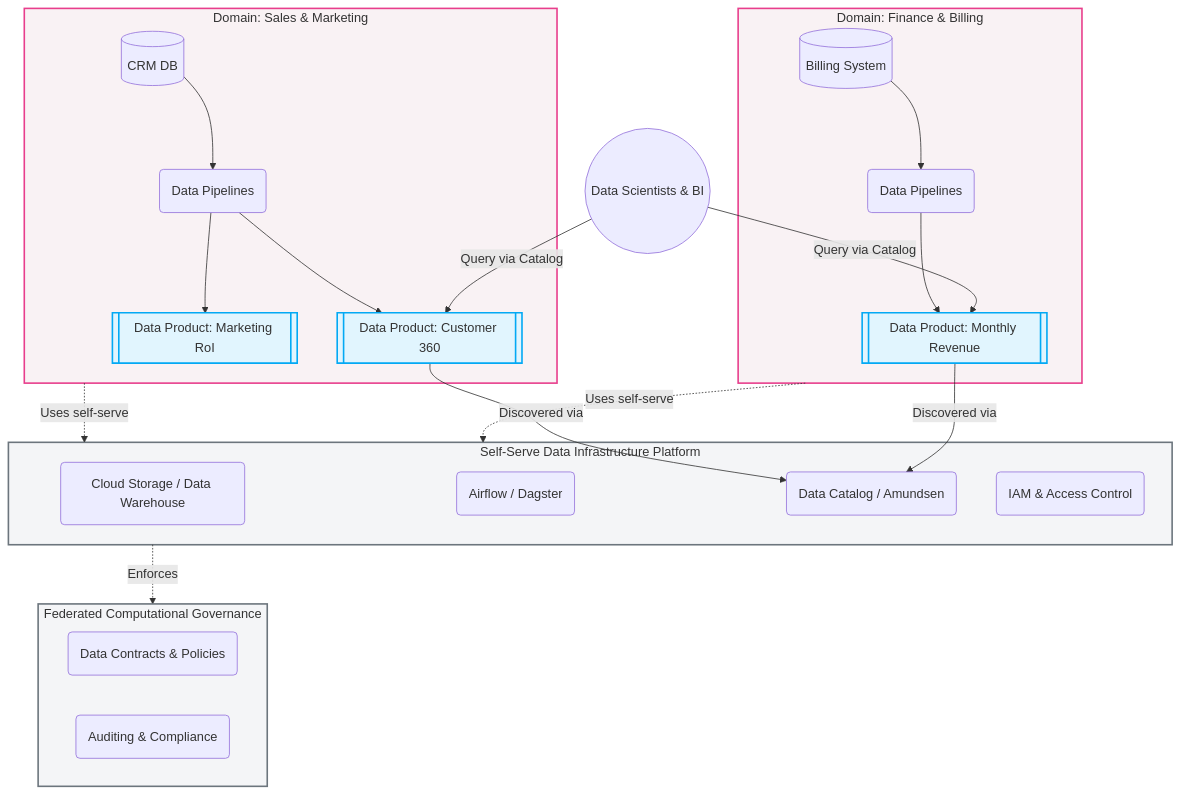
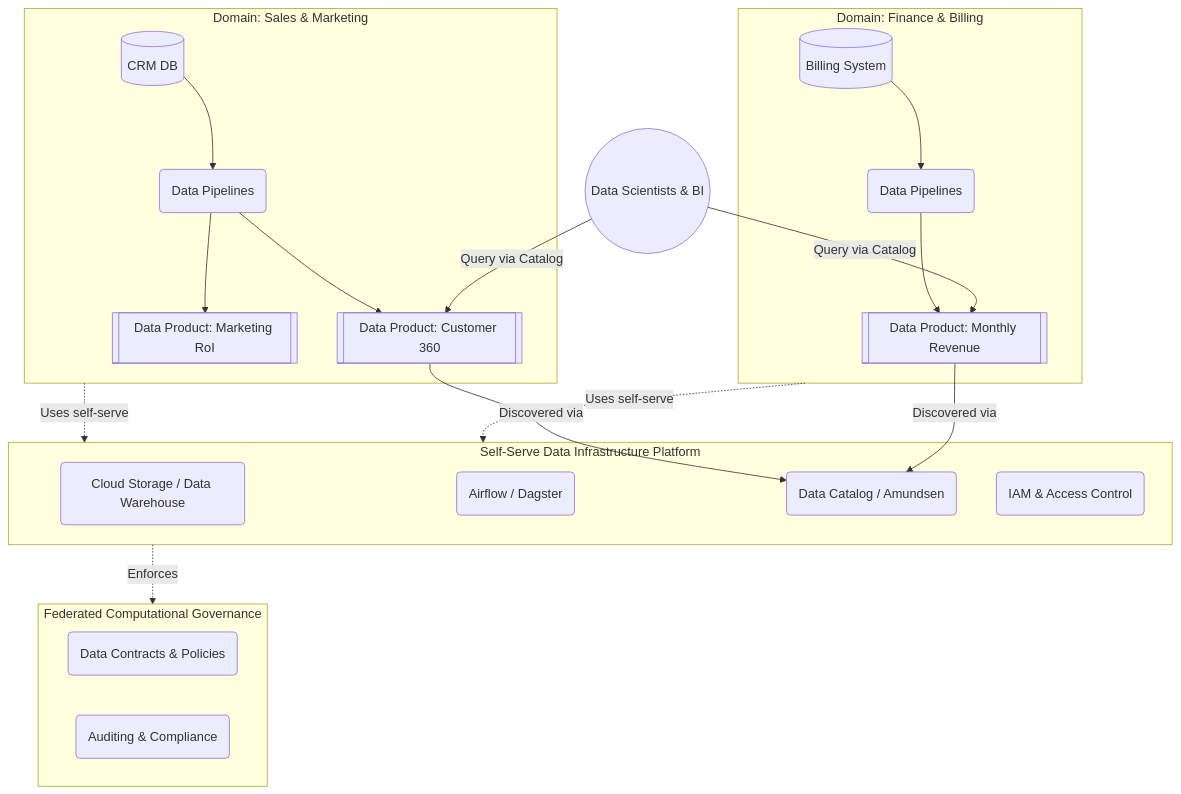
One commit to kythuatdulieu/kythuatdulieu.github.io changed the first of 2 diagrams in src/content/docs/projects/system-design/data-mesh-vs-data-fabric.md. Above: the diagram before and after it, drawn with Mermaid. The commit also changed 682 other files, not shown here.

````diff
--- a/src/content/docs/projects/system-design/data-mesh-vs-data-fabric.md
+++ b/src/content/docs/projects/system-design/data-mesh-vs-data-fabric.md
@@ -62,58 +62,56 @@
 ```mermaid
 graph TD
     %% Define Styles
-    classDef domain fill:#f9f2f4,stroke:#e83e8c,stroke-width:2px;
-    classDef product fill:#e1f5fe,stroke:#03a9f4,stroke-width:2px;
-    classDef platform fill:#f4f5f7,stroke:#6c757d,stroke-width:2px;
+
 
     %% Domains
     subgraph Domain_Sales["Domain: Sales & Marketing"]
         S_DB[("CRM DB")]
         S_Pipe("Data Pipelines")
         DP_Sales1[["Data Product: Customer 360"]]
         DP_Sales2[["Data Product: Marketing RoI"]]
         
         S_DB --> S_Pipe
         S_Pipe --> DP_Sales1
         S_Pipe --> DP_Sales2
     end
     
     subgraph Domain_Finance["Domain: Finance & Billing"]
         F_DB[("Billing System")]
         F_Pipe("Data Pipelines")
         DP_Finance1[["Data Product: Monthly Revenue"]]
         
         F_DB --> F_Pipe
         F_Pipe --> DP_Finance1
     end
 
     %% Self Serve Platform
     subgraph Self_Serve["Self-Serve Data Infrastructure Platform"]
         Storage("Cloud Storage / Data Warehouse")
         Orchestration("Airflow / Dagster")
         Catalog("Data Catalog / Amundsen")
         Security("IAM & Access Control")
     end
     
     %% Governance
     subgraph Governance["Federated Computational Governance"]
         Policies("Data Contracts & Policies")
         Audit("Auditing & Compliance")
     end
 
     %% Connections
     Domain_Sales -.->|Uses self-serve| Self_Serve
     Domain_Finance -.->|Uses self-serve| Self_Serve
     Self_Serve -.->|Enforces| Governance
     
     DP_Sales1 -->|Discovered via| Catalog
     DP_Finance1 -->|Discovered via| Catalog
     
     %% Consumers
     Consumers(("Data Scientists & BI")) -->|Query via Catalog| DP_Sales1
     Consumers -->|Query via Catalog| DP_Finance1
 
     class Domain_Sales,Domain_Finance domain;
     class DP_Sales1,DP_Sales2,DP_Finance1 product;
     class Self_Serve,Governance platform;
 ```
````
